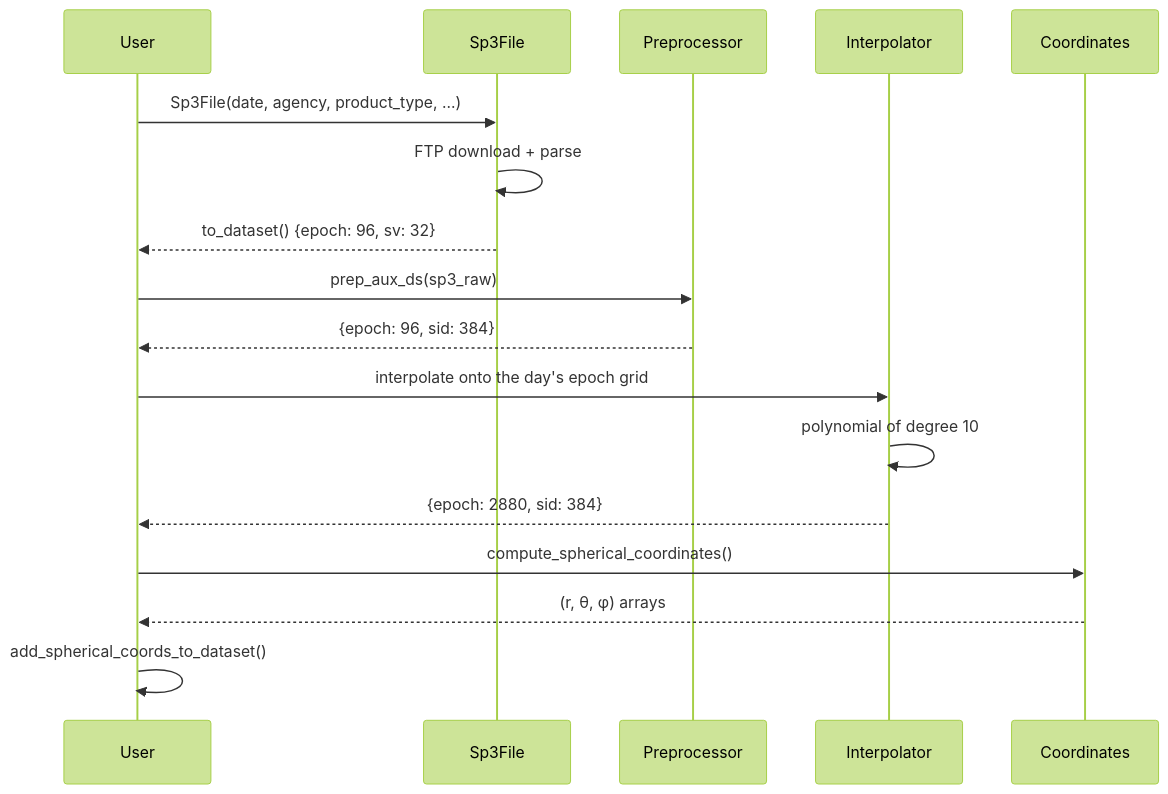
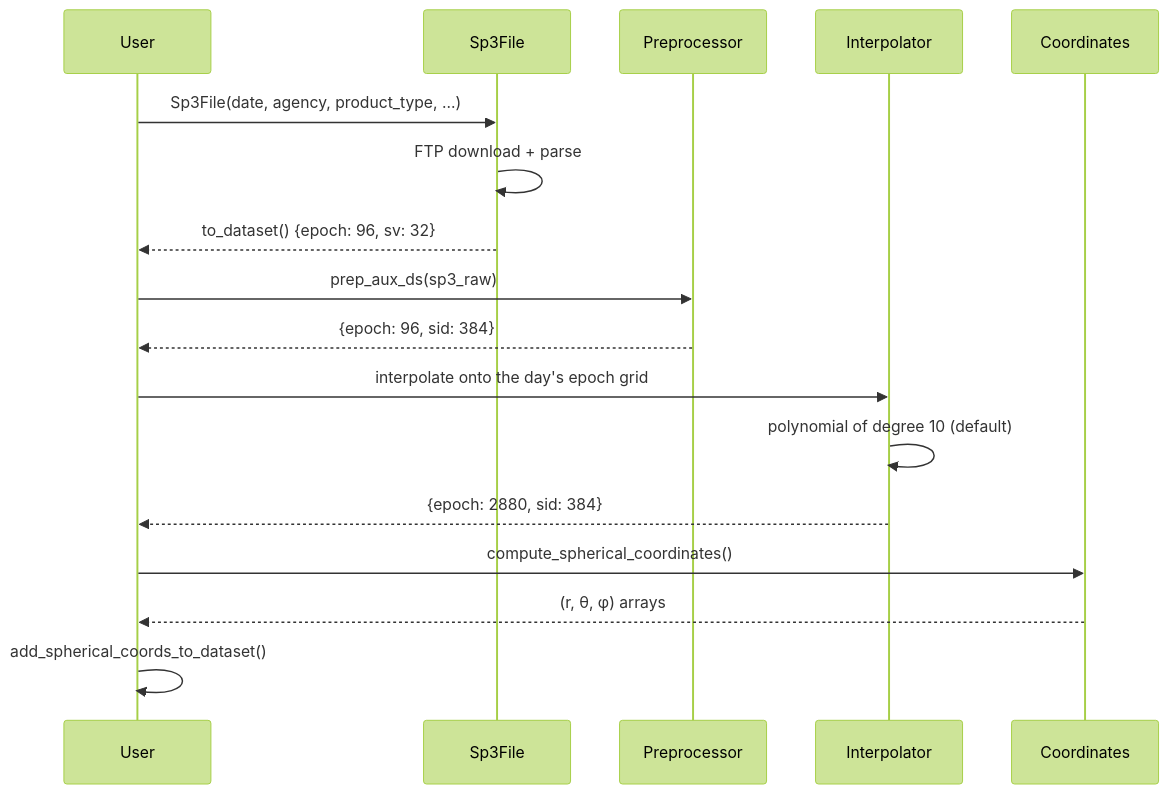
The second of 2 diagrams in docs/packages/auxiliary/overview.md (TUW-GEO/canvodpy), drawn with Mermaid (forest theme) before and after one commit. The commit also changed other lines of this file and 36 other files, not shown here.

````diff
--- a/docs/packages/auxiliary/overview.md
+++ b/docs/packages/auxiliary/overview.md
@@ -167,24 +169,24 @@
     ```mermaid
     sequenceDiagram
         participant User
         participant Sp3File
         participant Preprocessor
         participant Interpolator
         participant Coordinates
 
         User->>Sp3File: Sp3File(date, agency, product_type, ...)
         Sp3File->>Sp3File: FTP download + parse
         Sp3File-->>User: to_dataset() {epoch: 96, sv: 32}
 
         User->>Preprocessor: prep_aux_ds(sp3_raw)
         Preprocessor-->>User: {epoch: 96, sid: 384}
 
         User->>Interpolator: interpolate onto the day's epoch grid
-        Interpolator->>Interpolator: polynomial of degree 10
+        Interpolator->>Interpolator: polynomial of degree 10 (default)
         Interpolator-->>User: {epoch: 2880, sid: 384}
 
         User->>Coordinates: compute_spherical_coordinates()
         Coordinates-->>User: (r, θ, φ) arrays
 
         User->>User: add_spherical_coords_to_dataset()
     ```
````
